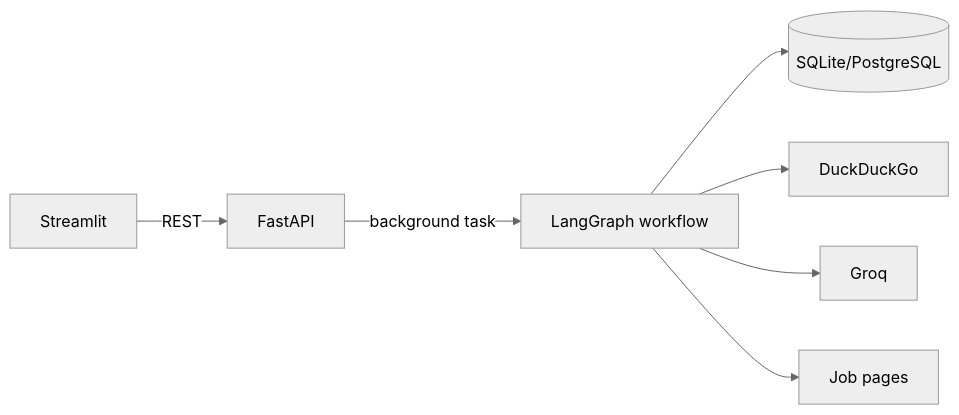
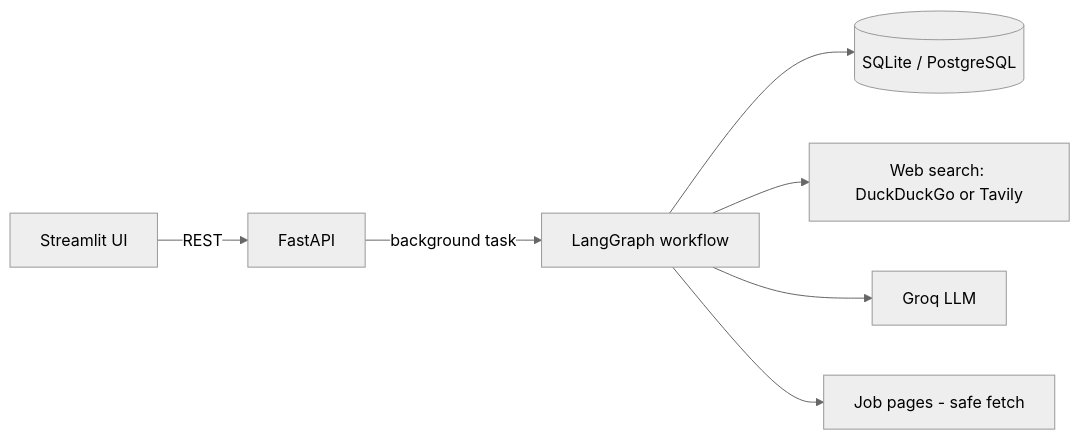
Before and after one commit to DEVALLAADITHYA/careerpilot-Ai: the first of 2 diagrams in README.md, drawn with Mermaid (neutral theme). The commit also changed other lines of this file, not shown here.

````diff
--- a/README.md
+++ b/README.md
@@ -28,7 +30,9 @@
 ```mermaid
 flowchart LR
-  UI[Streamlit] -->|REST| API[FastAPI]
+  UI[Streamlit UI] -->|REST| API[FastAPI]
   API -->|background task| G[LangGraph workflow]
-  G --> DB[(SQLite/PostgreSQL)]
-  G --> T[DuckDuckGo] & L[Groq] & W[Job pages]
+  G --> DB[(SQLite / PostgreSQL)]
+  G --> S[Web search: DuckDuckGo or Tavily]
+  G --> L[Groq LLM]
+  G --> W[Job pages - safe fetch]
 ```
````
